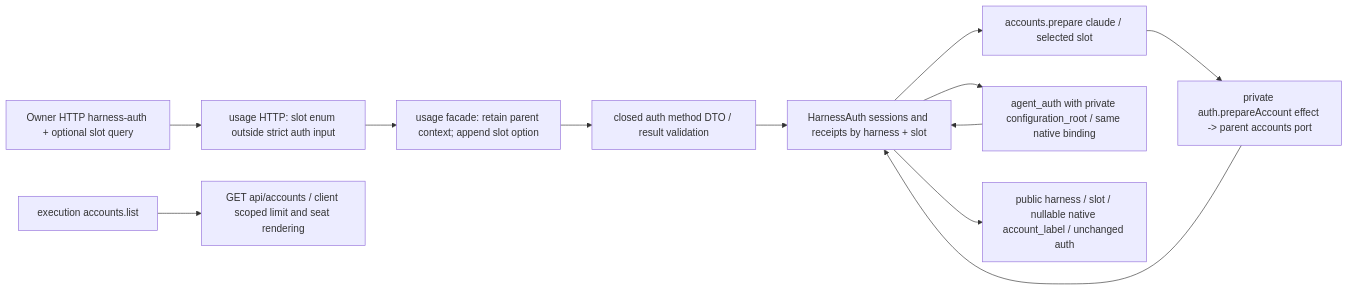
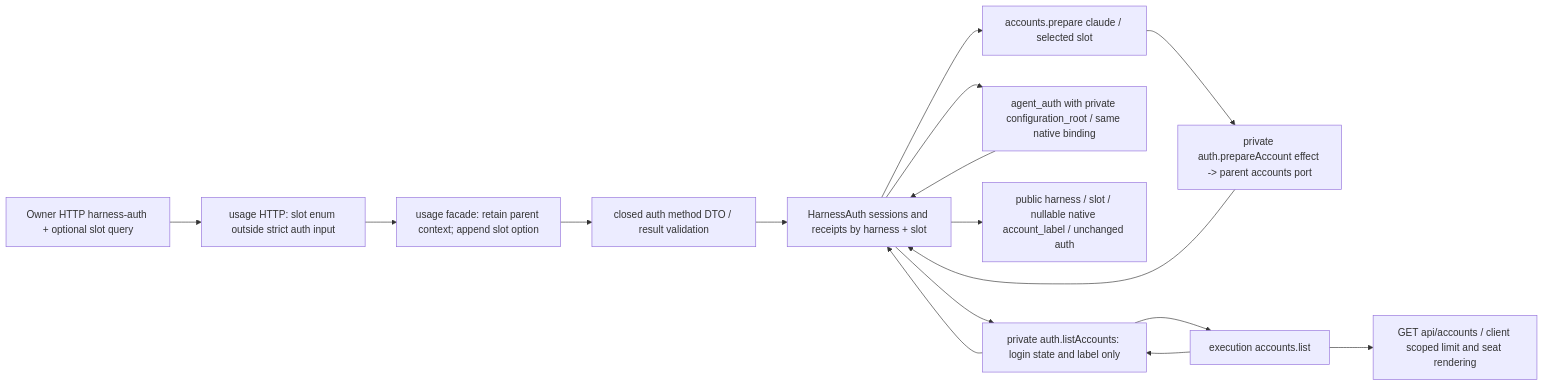
One commit to kitepon/BellTeam changed the diagram in docs/architecture/modules/usage/harness-accounts.md. Above: the diagram before and after it, drawn with Mermaid. The commit also changed other lines of this file and 8 other files, not shown here.

````diff
--- a/docs/architecture/modules/usage/harness-accounts.md
+++ b/docs/architecture/modules/usage/harness-accounts.md
@@ -7,14 +7,18 @@
 ```mermaid
 flowchart LR
   Web[Owner HTTP harness-auth + optional slot query] --> API[usage HTTP: slot enum outside strict auth input]
   API --> Facade[usage facade: retain parent context; append slot option]
   Facade --> Schema[closed auth method DTO / result validation]
   Schema --> Auth[HarnessAuth sessions and receipts by harness + slot]
   Auth --> Prepare[accounts.prepare claude / selected slot]
   Prepare --> Private[private auth.prepareAccount effect -> parent accounts port]
   Private --> Auth
   Auth --> Native[agent_auth with private configuration_root / same native binding]
   Native --> Auth
   Auth --> View[public harness / slot / nullable native account_label / unchanged auth]
-  Accounts[execution accounts.list] --> Card[GET api/accounts / client scoped limit and seat rendering]
+  Auth --> Login[private auth.listAccounts: login state and label only]
+  Login --> Accounts[execution accounts.list]
+  Accounts --> Login
+  Login --> Auth
+  Accounts --> Card[GET api/accounts / client scoped limit and seat rendering]
 ```
````
